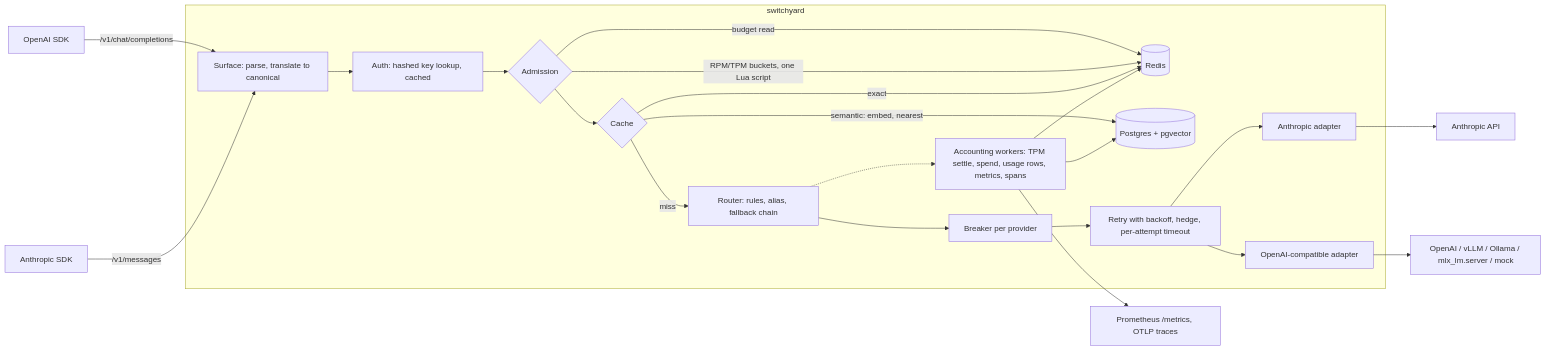
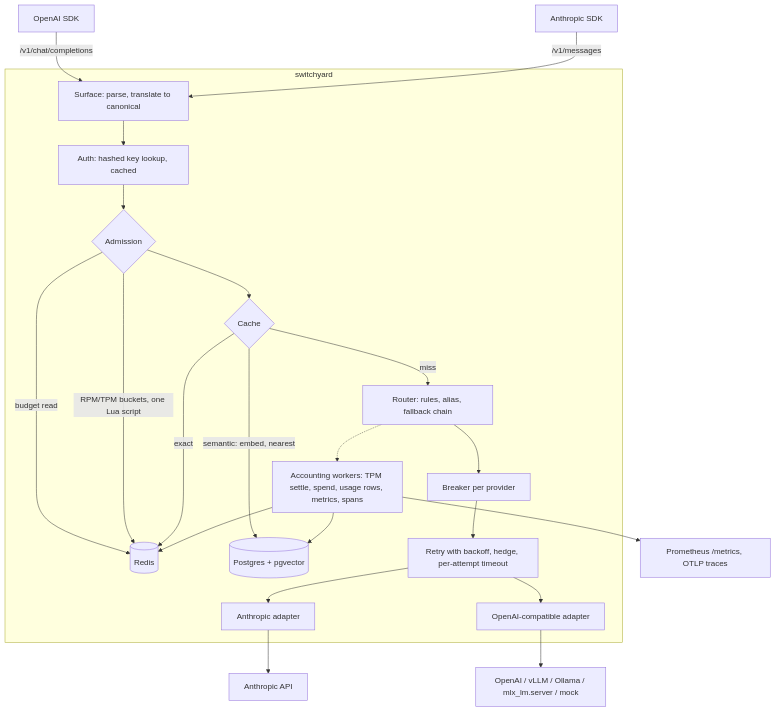
One commit to nikolasss4/switchyard changed the diagram in README.md. Above: the diagram before and after it, drawn with Mermaid.

Commit message:
docs: lay the architecture diagram out top-down

````diff
--- a/README.md
+++ b/README.md
@@ -91,25 +91,25 @@
 ```mermaid
-flowchart LR
+flowchart TD
   C1[OpenAI SDK] -->|/v1/chat/completions| S
   C2[Anthropic SDK] -->|/v1/messages| S
   subgraph GW[switchyard]
     S[Surface: parse, translate to canonical] --> A[Auth: hashed key lookup, cached]
     A --> AD{Admission}
     AD -->|budget read| R[(Redis)]
     AD -->|RPM/TPM buckets, one Lua script| R
     AD --> CA{Cache}
     CA -->|exact| R
     CA -->|semantic: embed, nearest| PG[(Postgres + pgvector)]
     CA -->|miss| RT[Router: rules, alias, fallback chain]
     RT --> BR[Breaker per provider]
     BR --> RE[Retry with backoff, hedge, per-attempt timeout]
     RE --> AA[Anthropic adapter]
     RE --> OA[OpenAI-compatible adapter]
     RT -.-> ACC[Accounting workers: TPM settle, spend, usage rows, metrics, spans]
   end
   AA --> P1[Anthropic API]
   OA --> P2[OpenAI / vLLM / Ollama / mlx_lm.server / mock]
   ACC --> R
   ACC --> PG
   ACC --> M[Prometheus /metrics, OTLP traces]
 ```
````
